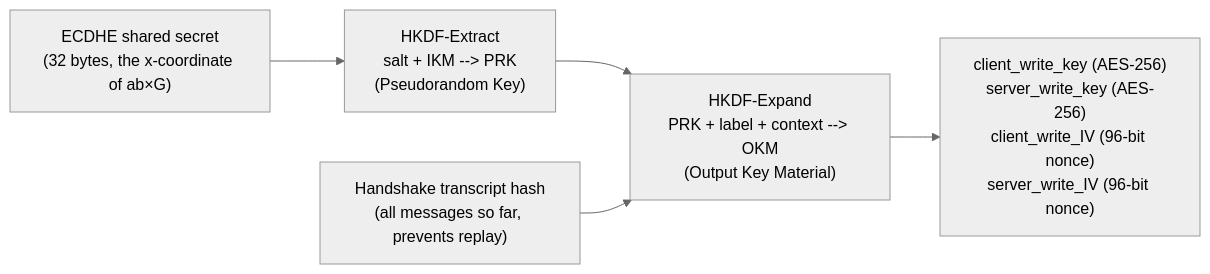
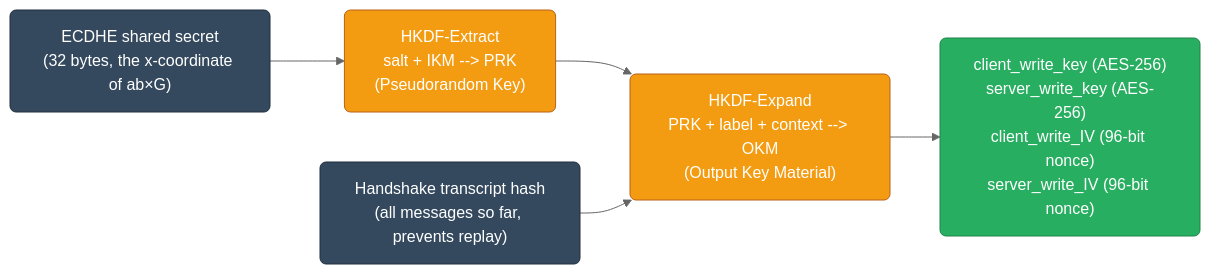
One commit to deepanshu-rawat6/DevOpsIndex changed diagram 13 of 13 in networking/tls-encryption.md. Above: the diagram before and after it, drawn with Mermaid (neutral theme). The commit also changed other lines of this file and 8 other files, not shown here.

````diff
--- a/networking/tls-encryption.md
+++ b/networking/tls-encryption.md
@@ -456,8 +734,12 @@
 ```mermaid
 graph LR
-    ECDHE_OUT["ECDHE shared secret<br>(32 bytes, the x-coordinate of ab×G)"] --> HKDF_EXT
-    HKDF_EXT["HKDF-Extract<br>salt + IKM --> PRK<br>(Pseudorandom Key)"] --> HKDF_EXP
-    TRANSCRIPT["Handshake transcript hash<br>(all messages so far, prevents replay)"] --> HKDF_EXP
-    HKDF_EXP["HKDF-Expand<br>PRK + label + context --> OKM<br>(Output Key Material)"] --> KEYS
-    KEYS["client_write_key (AES-256)<br>server_write_key (AES-256)<br>client_write_IV (96-bit nonce)<br>server_write_IV (96-bit nonce)"]
+    classDef input fill:#34495e,stroke:#212f3c,color:#fff,rx:6
+    classDef process fill:#f39c12,stroke:#ba6018,color:#fff,rx:6
+    classDef output fill:#27ae60,stroke:#1e8449,color:#fff,rx:6
+
+    ECDHE_OUT["ECDHE shared secret<br/>(32 bytes, the x-coordinate of ab×G)"]:::input --> HKDF_EXT
+    HKDF_EXT["HKDF-Extract<br/>salt + IKM --> PRK<br/>(Pseudorandom Key)"]:::process --> HKDF_EXP
+    TRANSCRIPT["Handshake transcript hash<br/>(all messages so far, prevents replay)"]:::input --> HKDF_EXP
+    HKDF_EXP["HKDF-Expand<br/>PRK + label + context --> OKM<br/>(Output Key Material)"]:::process --> KEYS
+    KEYS["client_write_key (AES-256)<br/>server_write_key (AES-256)<br/>client_write_IV (96-bit nonce)<br/>server_write_IV (96-bit nonce)"]:::output
 ```
````
